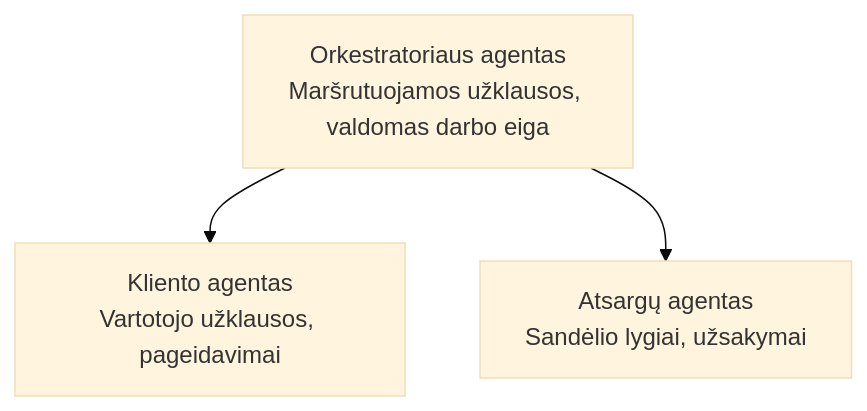
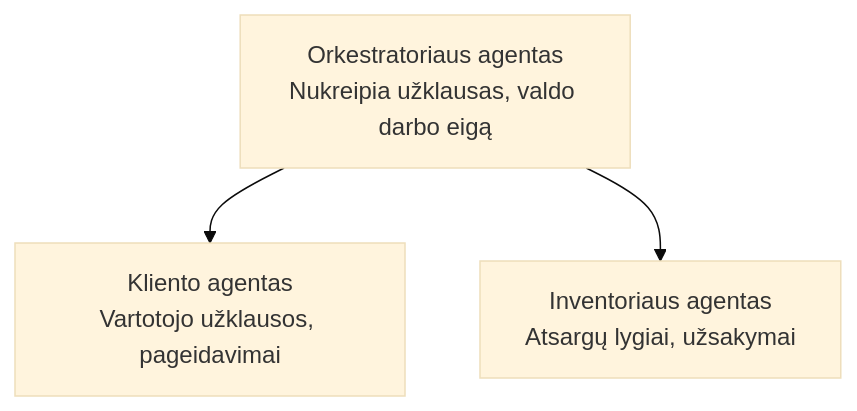
Before and after one commit to microsoft/AZD-for-beginners: the diagram in translations/lt/docs/chapter-05-multi-agent/README.md, drawn with Mermaid (base theme). The commit also changed other lines of this file and 104 other files, not shown here.

````diff
--- a/translations/lt/docs/chapter-05-multi-agent/README.md
+++ b/translations/lt/docs/chapter-05-multi-agent/README.md
@@ -52,5 +54,5 @@
 ```mermaid
 graph TD
-    Orchestrator[Orkestratoriaus agentas<br/>Maršrutuojamos užklausos, valdomas darbo eiga] --> Customer[Kliento agentas<br/>Vartotojo užklausos, pageidavimai]
-    Orchestrator --> Inventory[Atsargų agentas<br/>Sandėlio lygiai, užsakymai]
+    Orchestrator[Orkestratoriaus agentas<br/>Nukreipia užklausas, valdo darbo eigą] --> Customer[Kliento agentas<br/>Vartotojo užklausos, pageidavimai]
+    Orchestrator --> Inventory[Inventoriaus agentas<br/>Atsargų lygiai, užsakymai]
 ```
````
